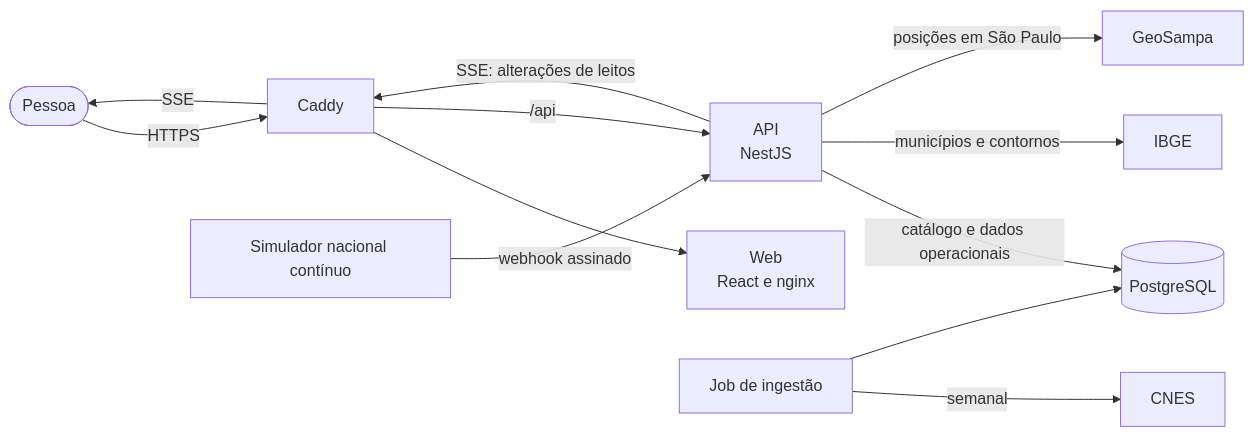
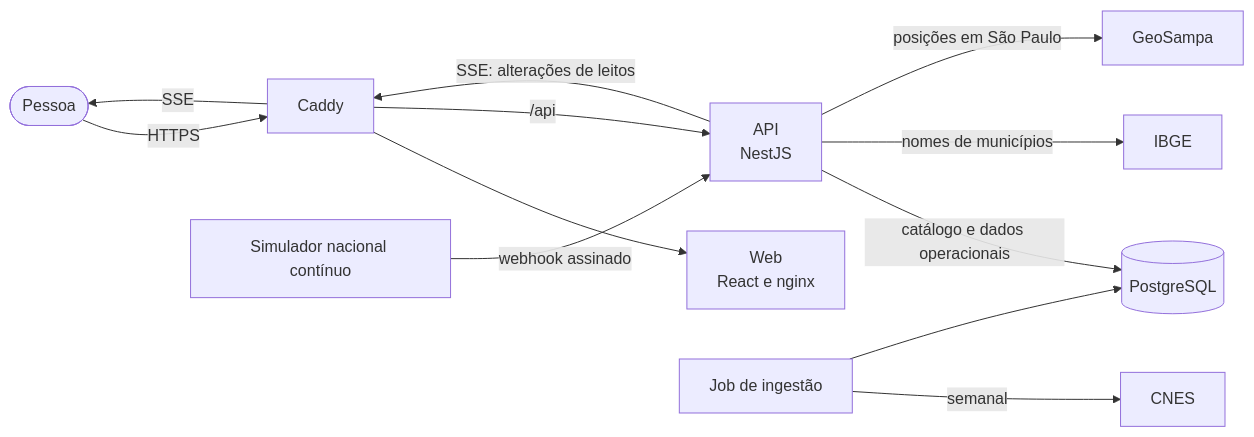
One commit to PJIEixoComputacaoUnivesp/FilaSaude changed the first of 3 diagrams in README.md. Above: the diagram before and after it, drawn with Mermaid. The commit also changed other lines of this file and 2 other files, not shown here.

First line of the commit message:
docs: registra os contornos municipais versionados

````diff
--- a/README.md
+++ b/README.md
@@ -57,16 +57,16 @@
 ```mermaid
 flowchart LR
   pessoa(["Pessoa"]) -->|"HTTPS"| caddy["Caddy"]
   caddy --> web["Web<br/>React e nginx"]
   caddy -->|"/api"| api["API<br/>NestJS"]
   api -->|"SSE: alterações de leitos"| caddy
   caddy -->|"SSE"| pessoa
 
   api -->|"catálogo e dados operacionais"| db[("PostgreSQL")]
-  api -->|"municípios e contornos"| ibge["IBGE"]
+  api -->|"nomes de municípios"| ibge["IBGE"]
   api -->|"posições em São Paulo"| geo["GeoSampa"]
 
   sim["Simulador nacional contínuo"] -->|"webhook assinado"| api
   job["Job de ingestão"] -->|"semanal"| cnes["CNES"]
   job --> db
 ```
````
